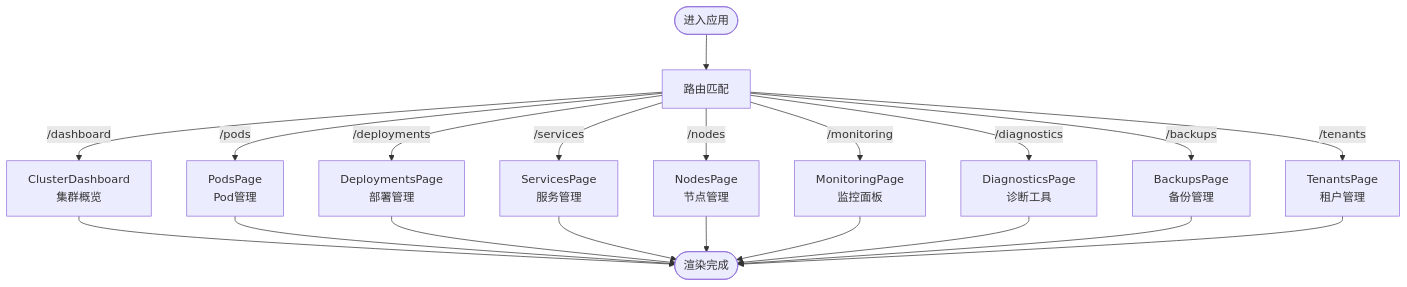
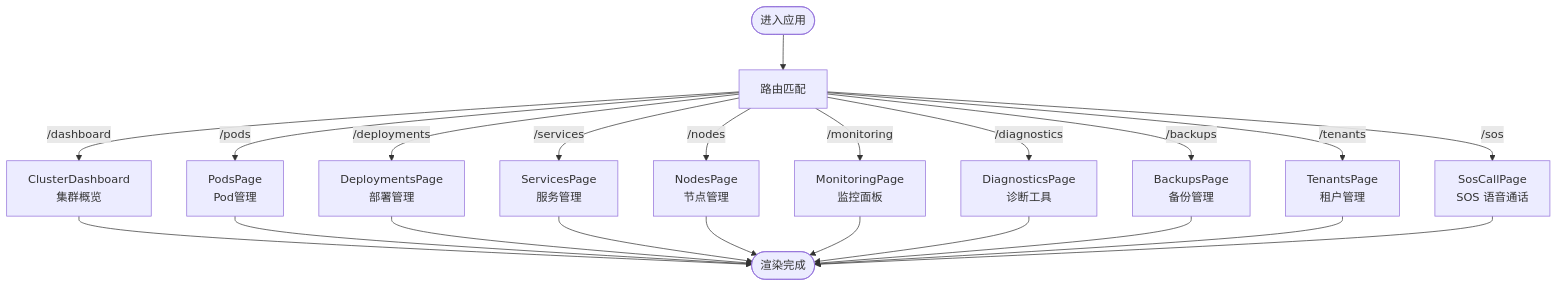
The fifth of 9 diagrams in .qoder/repowiki/zh/content/Web前端应用/Web前端应用.md (kudig-io/klaw), drawn with Mermaid before and after one commit. The commit also changed other lines of this file and 232 other files, not shown here.

````diff
--- a/.qoder/repowiki/zh/content/Web前端应用/Web前端应用.md
+++ b/.qoder/repowiki/zh/content/Web前端应用/Web前端应用.md
@@ -267,22 +279,24 @@
 ```mermaid
 flowchart TD
 Start(["进入应用"]) --> Route["路由匹配"]
 Route --> |/dashboard| Dashboard["ClusterDashboard<br/>集群概览"]
 Route --> |/pods| Pods["PodsPage<br/>Pod管理"]
 Route --> |/deployments| Deployments["DeploymentsPage<br/>部署管理"]
 Route --> |/services| Services["ServicesPage<br/>服务管理"]
 Route --> |/nodes| Nodes["NodesPage<br/>节点管理"]
 Route --> |/monitoring| Monitoring["MonitoringPage<br/>监控面板"]
 Route --> |/diagnostics| Diagnostics["DiagnosticsPage<br/>诊断工具"]
 Route --> |/backups| Backups["BackupsPage<br/>备份管理"]
 Route --> |/tenants| Tenants["TenantsPage<br/>租户管理"]
+Route --> |/sos| SOS["SosCallPage<br/>SOS 语音通话"]
 Dashboard --> End(["渲染完成"])
 Pods --> End
 Deployments --> End
 Services --> End
 Nodes --> End
 Monitoring --> End
 Diagnostics --> End
 Backups --> End
 Tenants --> End
+SOS --> End
 ```
````
